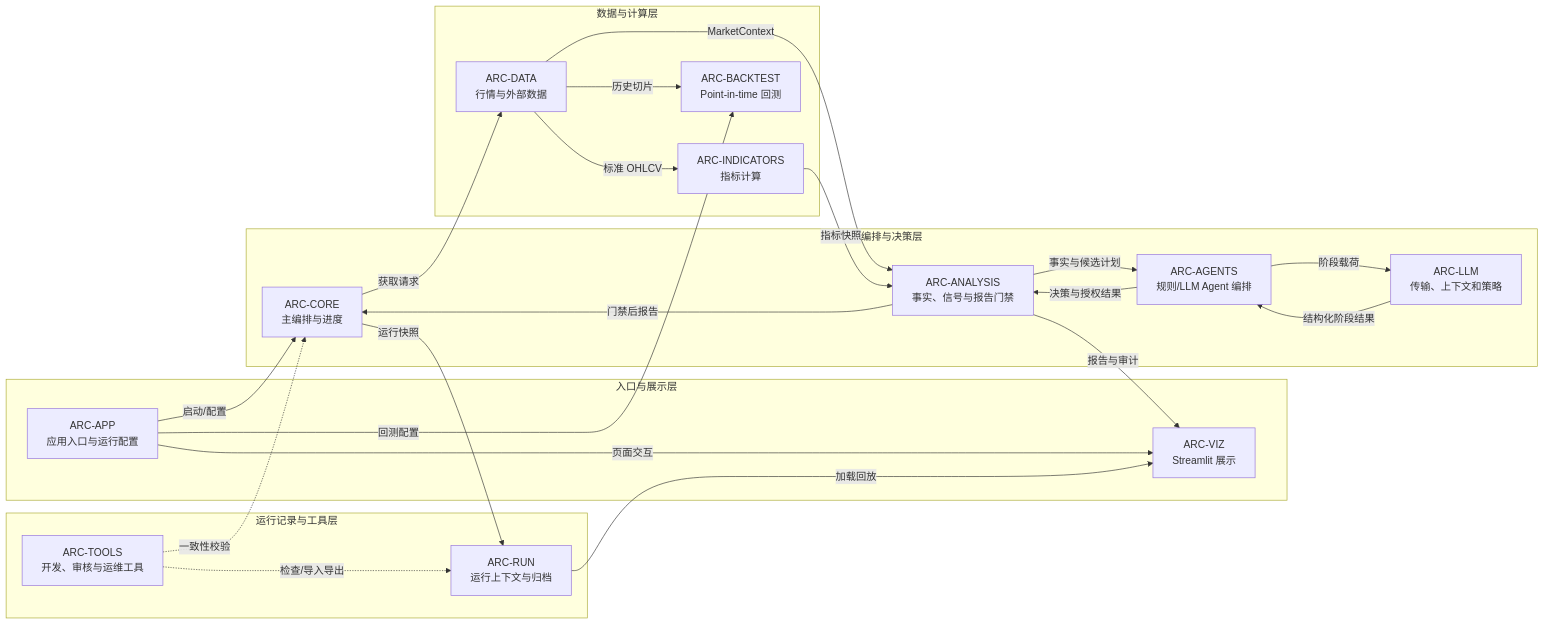
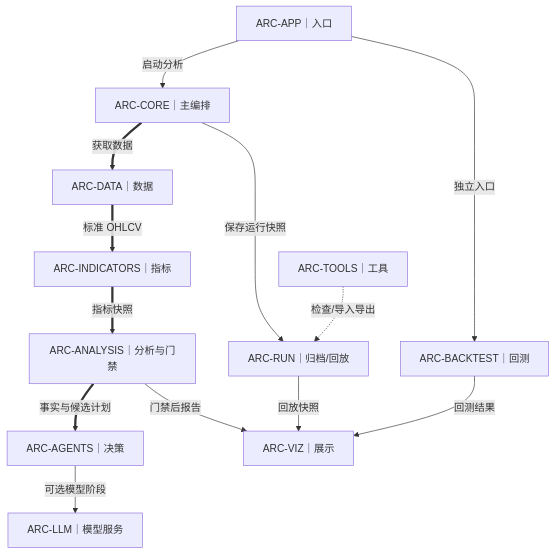
One commit to vbqx/GoldAnalysisAI changed the second of 5 diagrams in docs/aspice/SWE.2-software-architecture.md. Above: the diagram before and after it, drawn with Mermaid. The commit also changed other lines of this file and 5 other files, not shown here.

Commit message:
docs: simplify ASPICE module diagrams

````diff
--- a/docs/aspice/SWE.2-software-architecture.md
+++ b/docs/aspice/SWE.2-software-architecture.md
@@ -32,40 +66,15 @@
 ```mermaid
-flowchart LR
-  subgraph ENTRY["入口与展示层"]
-    APP["ARC-APP<br/>应用入口与运行配置"]
-    VIZ["ARC-VIZ<br/>Streamlit 展示"]
-  end
-  subgraph ORCH["编排与决策层"]
-    CORE["ARC-CORE<br/>主编排与进度"]
-    ANALYSIS["ARC-ANALYSIS<br/>事实、信号与报告门禁"]
-    AGENTS["ARC-AGENTS<br/>规则/LLM Agent 编排"]
-    LLM["ARC-LLM<br/>传输、上下文和策略"]
-  end
-  subgraph DATA_LAYER["数据与计算层"]
-    DATA["ARC-DATA<br/>行情与外部数据"]
-    IND["ARC-INDICATORS<br/>指标计算"]
-    BACKTEST["ARC-BACKTEST<br/>Point-in-time 回测"]
-  end
-  subgraph PERSIST["运行记录与工具层"]
-    RUN["ARC-RUN<br/>运行上下文与归档"]
-    TOOLS["ARC-TOOLS<br/>开发、审核与运维工具"]
-  end
-  APP -->|启动/配置| CORE
-  APP -->|页面交互| VIZ
-  CORE -->|获取请求| DATA
-  DATA -->|标准 OHLCV| IND
-  DATA -->|MarketContext| ANALYSIS
-  IND -->|指标快照| ANALYSIS
-  ANALYSIS -->|事实与候选计划| AGENTS
-  AGENTS -->|阶段载荷| LLM
-  LLM -->|结构化阶段结果| AGENTS
-  AGENTS -->|决策与授权结果| ANALYSIS
-  ANALYSIS -->|门禁后报告| CORE
-  CORE -->|运行快照| RUN
-  RUN -->|加载回放| VIZ
-  ANALYSIS -->|报告与审计| VIZ
-  APP -->|回测配置| BACKTEST
-  DATA -->|历史切片| BACKTEST
-  TOOLS -.->|检查/导入导出| RUN
-  TOOLS -.->|一致性校验| CORE
+flowchart TB
+  APP["ARC-APP｜入口"] -->|启动分析| CORE["ARC-CORE｜主编排"]
+  CORE ==>|获取数据| DATA["ARC-DATA｜数据"]
+  DATA ==>|标准 OHLCV| IND["ARC-INDICATORS｜指标"]
+  IND ==>|指标快照| ANALYSIS["ARC-ANALYSIS｜分析与门禁"]
+  ANALYSIS ==>|事实与候选计划| AGENTS["ARC-AGENTS｜决策"]
+  AGENTS -->|可选模型阶段| LLM["ARC-LLM｜模型服务"]
+  CORE -->|保存运行快照| RUN["ARC-RUN｜归档/回放"]
+  ANALYSIS -->|门禁后报告| VIZ["ARC-VIZ｜展示"]
+  RUN -->|回放快照| VIZ
+  APP -->|独立入口| BACKTEST["ARC-BACKTEST｜回测"]
+  BACKTEST -->|回测结果| VIZ
+  TOOLS["ARC-TOOLS｜工具"] -.->|检查/导入导出| RUN
 ```
````
